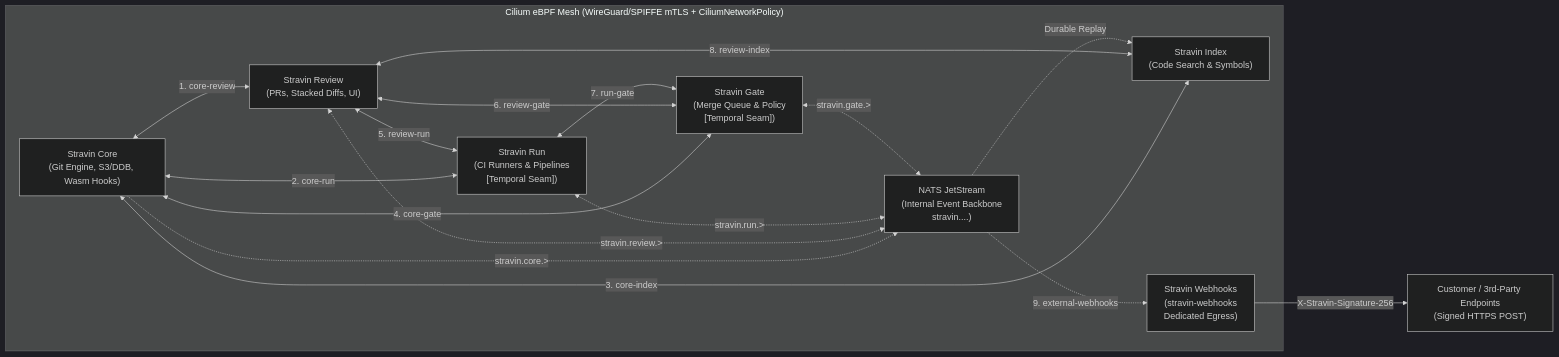
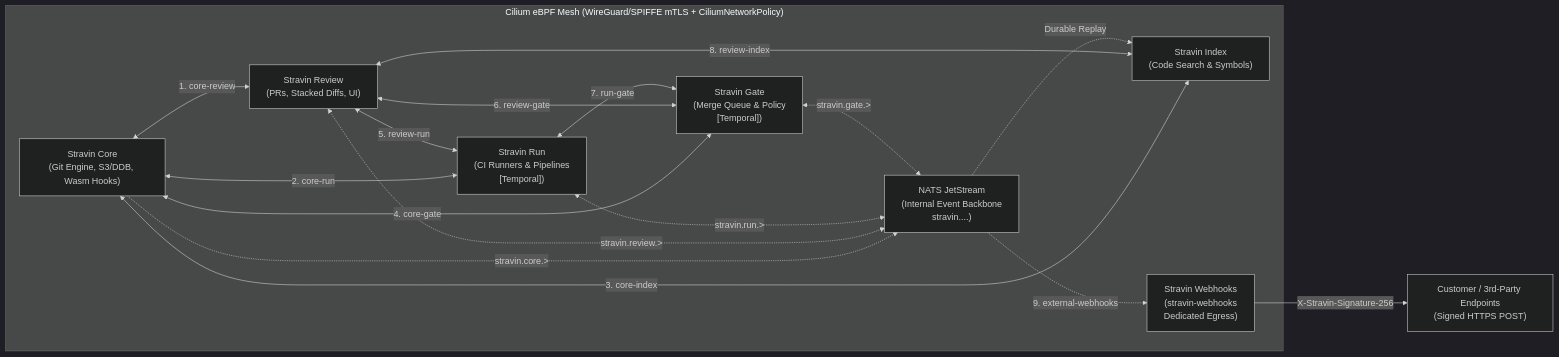
The diagram in docs/interfaces/index.md (stravin-dev/architecture), drawn with Mermaid (dark theme) before and after one commit. The commit also changed other lines of this file and 9 other files, not shown here.

````diff
--- a/docs/interfaces/index.md
+++ b/docs/interfaces/index.md
@@ -9,31 +9,31 @@
 ```mermaid
 flowchart LR
     subgraph Mesh["Cilium eBPF Mesh (WireGuard/SPIFFE mTLS + CiliumNetworkPolicy)"]
         Core["Stravin Core\n(Git Engine, S3/DDB, Wasm Hooks)"]
         Review["Stravin Review\n(PRs, Stacked Diffs, UI)"]
-        Run["Stravin Run\n(CI Runners & Pipelines\n[Temporal Seam])"]
+        Run["Stravin Run\n(CI Runners & Pipelines\n[Temporal])"]
         Index["Stravin Index\n(Code Search & Symbols)"]
-        Gate["Stravin Gate\n(Merge Queue & Policy\n[Temporal Seam])"]
+        Gate["Stravin Gate\n(Merge Queue & Policy\n[Temporal])"]
         NATS["NATS JetStream\n(Internal Event Backbone\nstravin.<product>.<tenant>.<repo>.<event>)"]
         Webhooks["Stravin Webhooks\n(stravin-webhooks\nDedicated Egress)"]
 
         Core <-->|"1. core-review"| Review
         Core <-->|"2. core-run"| Run
         Core <-->|"3. core-index"| Index
         Core <-->|"4. core-gate"| Gate
         Review <-->|"5. review-run"| Run
         Review <-->|"6. review-gate"| Gate
         Run <-->|"7. run-gate"| Gate
         Review <-->|"8. review-index"| Index
 
         Core -.->|"stravin.core.>"| NATS
         Review <-.->|"stravin.review.>"| NATS
         Run <-.->|"stravin.run.>"| NATS
         Gate <-.->|"stravin.gate.>"| NATS
         NATS -.->|"Durable Replay"| Index
         NATS -.->|"9. external-webhooks"| Webhooks
     end
 
     Customer["Customer / 3rd-Party Endpoints\n(Signed HTTPS POST)"]
     Webhooks -->|"X-Stravin-Signature-256"| Customer
 ```
````
